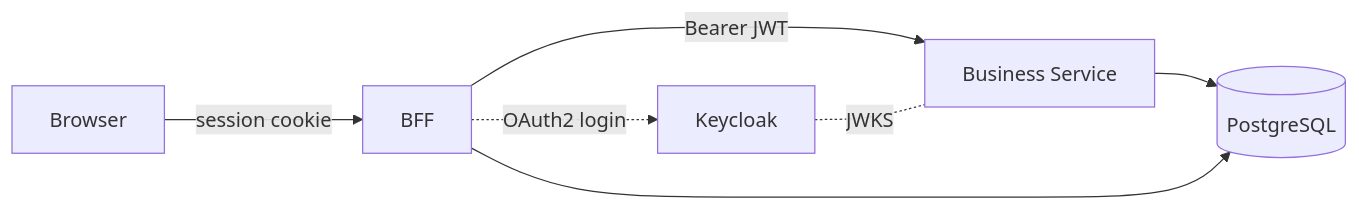
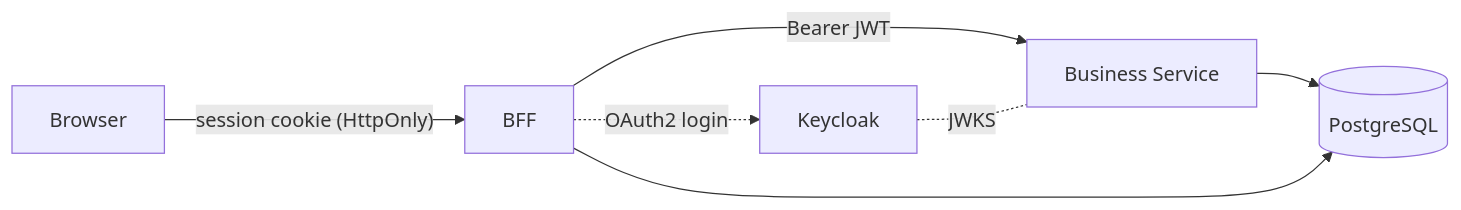
The diagram in README.md (sebastien-attia/psychic-lamp), drawn with Mermaid before and after one commit. The commit also changed other lines of this file, not shown here.

First line of the commit message:
docs(readme): document SAST/SCA/SBOM tooling and BFF tech-choice rationale

````diff
--- a/README.md
+++ b/README.md
@@ -15,9 +59,9 @@
 ```mermaid
 flowchart LR
-    Browser -- session cookie --> BFF
+    Browser -- "session cookie (HttpOnly)" --> BFF
     BFF -- "Bearer JWT" --> BS[Business Service]
     BFF -. OAuth2 login .-> KC[Keycloak]
     KC -. JWKS .- BS
     BS --> PG[(PostgreSQL)]
     BFF --> PG
 ```
````
